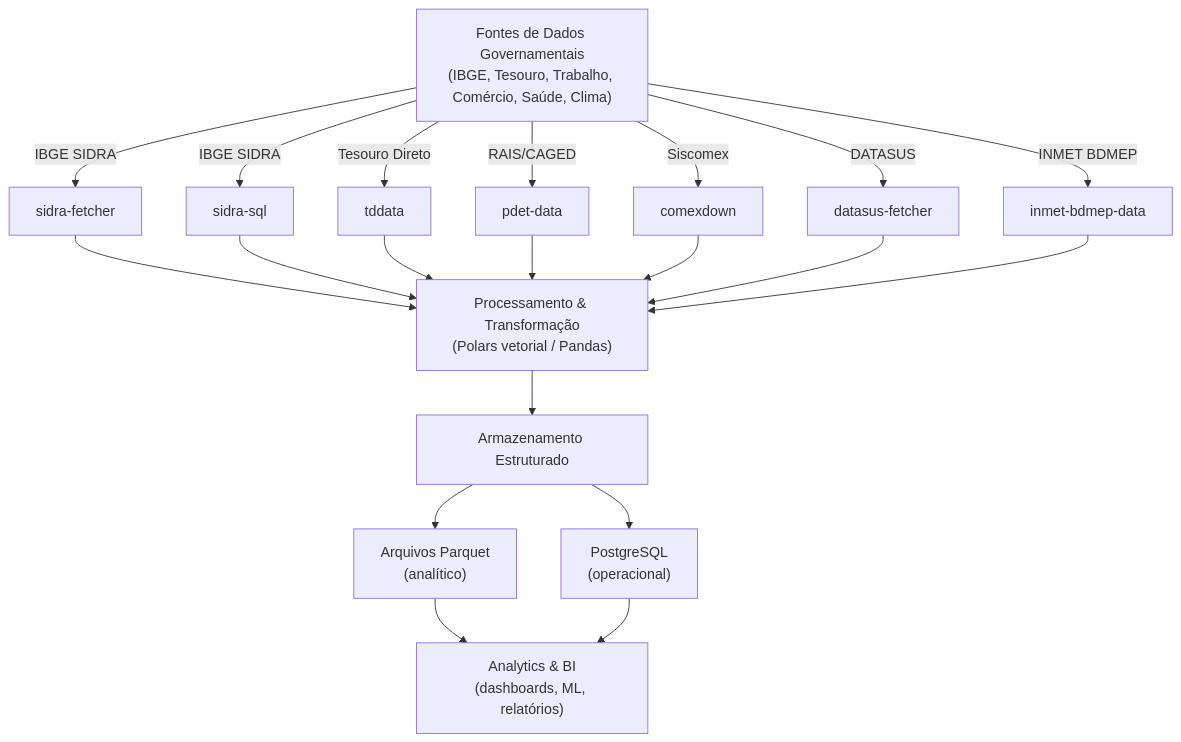
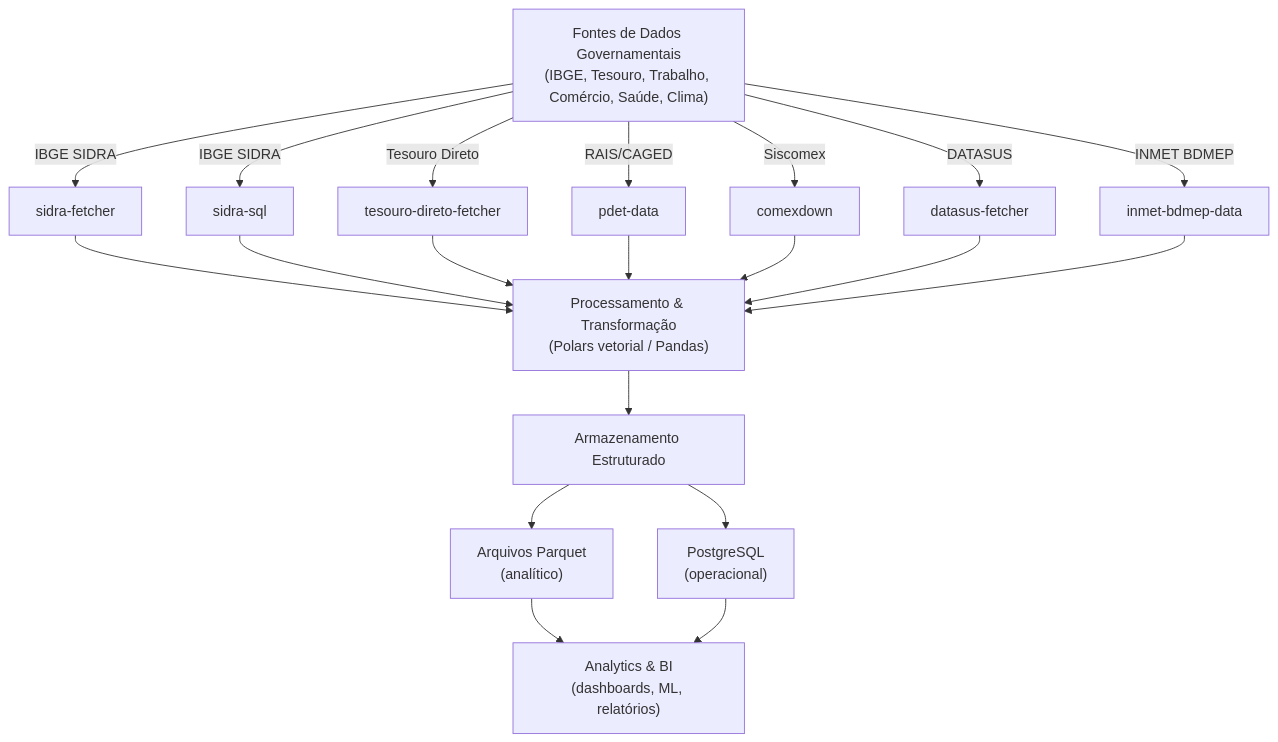
One commit to Quantilica/docs changed the first of 6 diagrams in docs/concepts/arquitetura.md. Above: the diagram before and after it, drawn with Mermaid. The commit also changed other lines of this file and 10 other files, not shown here.

First line of the commit message:
docs: rename tddata → tesouro-direto-fetcher throughout

````diff
--- a/docs/concepts/arquitetura.md
+++ b/docs/concepts/arquitetura.md
@@ -7,27 +7,27 @@
 ```mermaid
 graph TD
     Sources["Fontes de Dados Governamentais<br/>(IBGE, Tesouro, Trabalho, Comércio, Saúde, Clima)"]
 
     Sources -->|IBGE SIDRA| SF["sidra-fetcher"]
     Sources -->|IBGE SIDRA| SQL["sidra-sql"]
-    Sources -->|Tesouro Direto| TD["tddata"]
+    Sources -->|Tesouro Direto| TD["tesouro-direto-fetcher"]
     Sources -->|RAIS/CAGED| PD["pdet-data"]
     Sources -->|Siscomex| CX["comexdown"]
     Sources -->|DATASUS| DS["datasus-fetcher"]
     Sources -->|INMET BDMEP| IN["inmet-bdmep-data"]
 
     SF --> Processing["Processamento & Transformação<br/>(Polars vetorial / Pandas)"]
     SQL --> Processing
     TD --> Processing
     PD --> Processing
     CX --> Processing
     DS --> Processing
     IN --> Processing
 
     Processing --> Storage["Armazenamento Estruturado"]
     Storage --> PQ["Arquivos Parquet<br/>(analítico)"]
     Storage --> PG["PostgreSQL<br/>(operacional)"]
 
     PQ --> Analytics["Analytics & BI<br/>(dashboards, ML, relatórios)"]
     PG --> Analytics
 ```
````
